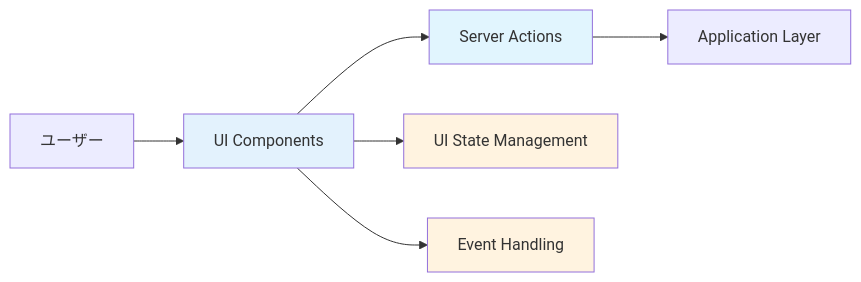
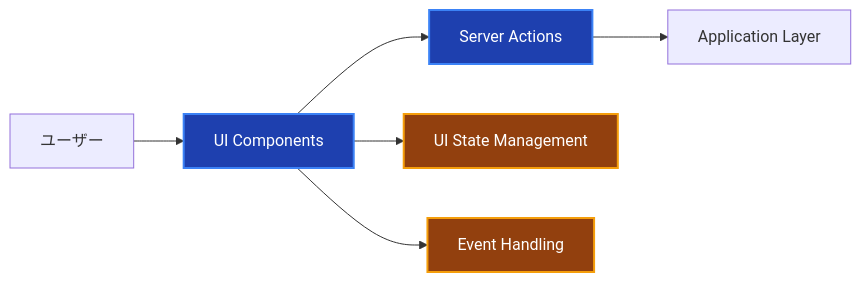
Before and after one commit to derushio/d-next-ddd-example: the first of 3 diagrams in _DOCS/guides/ddd/layers/presentation-layer.md, drawn with Mermaid. The commit also changed other lines of this file and 31 other files, not shown here.

Commit message:
🎨: DOCSのMermaid図表カラーテーマを暗色に統一し視認性を向上

````diff
--- a/_DOCS/guides/ddd/layers/presentation-layer.md
+++ b/_DOCS/guides/ddd/layers/presentation-layer.md
@@ -11,14 +11,14 @@
 ```mermaid
 graph LR
     USER[ユーザー] --> UI[UI Components]
     UI --> SA[Server Actions]
     SA --> APP[Application Layer]
     
     UI --> STATE[UI State Management]
     UI --> EVENT[Event Handling]
     
-    style UI fill:#e3f2fd
-    style SA fill:#e1f5fe
-    style STATE fill:#fff3e0
-    style EVENT fill:#fff3e0
+    style UI fill:#1e40af,stroke:#3b82f6,stroke-width:2px,color:#ffffff
+    style SA fill:#1e40af,stroke:#3b82f6,stroke-width:2px,color:#ffffff
+    style STATE fill:#92400e,stroke:#f59e0b,stroke-width:2px,color:#ffffff
+    style EVENT fill:#92400e,stroke:#f59e0b,stroke-width:2px,color:#ffffff
 ```
````
